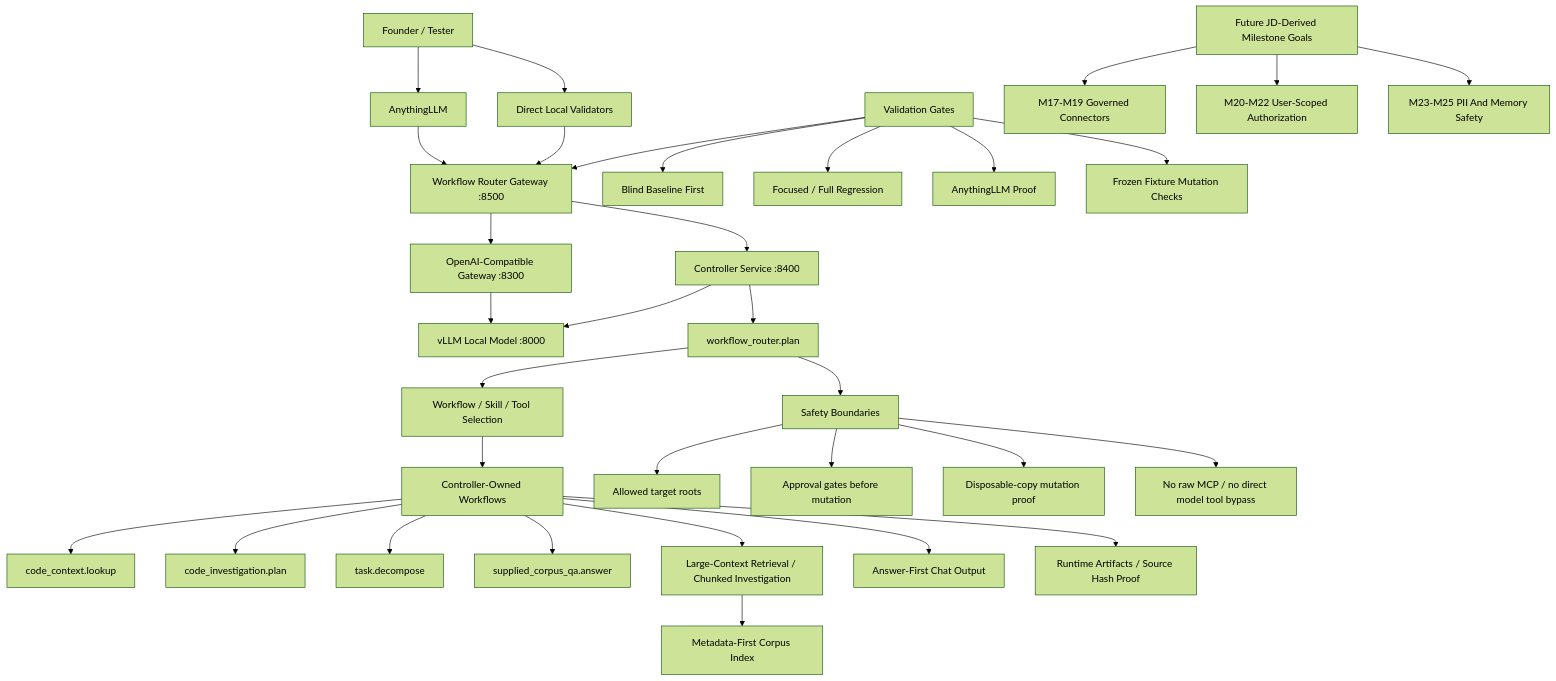
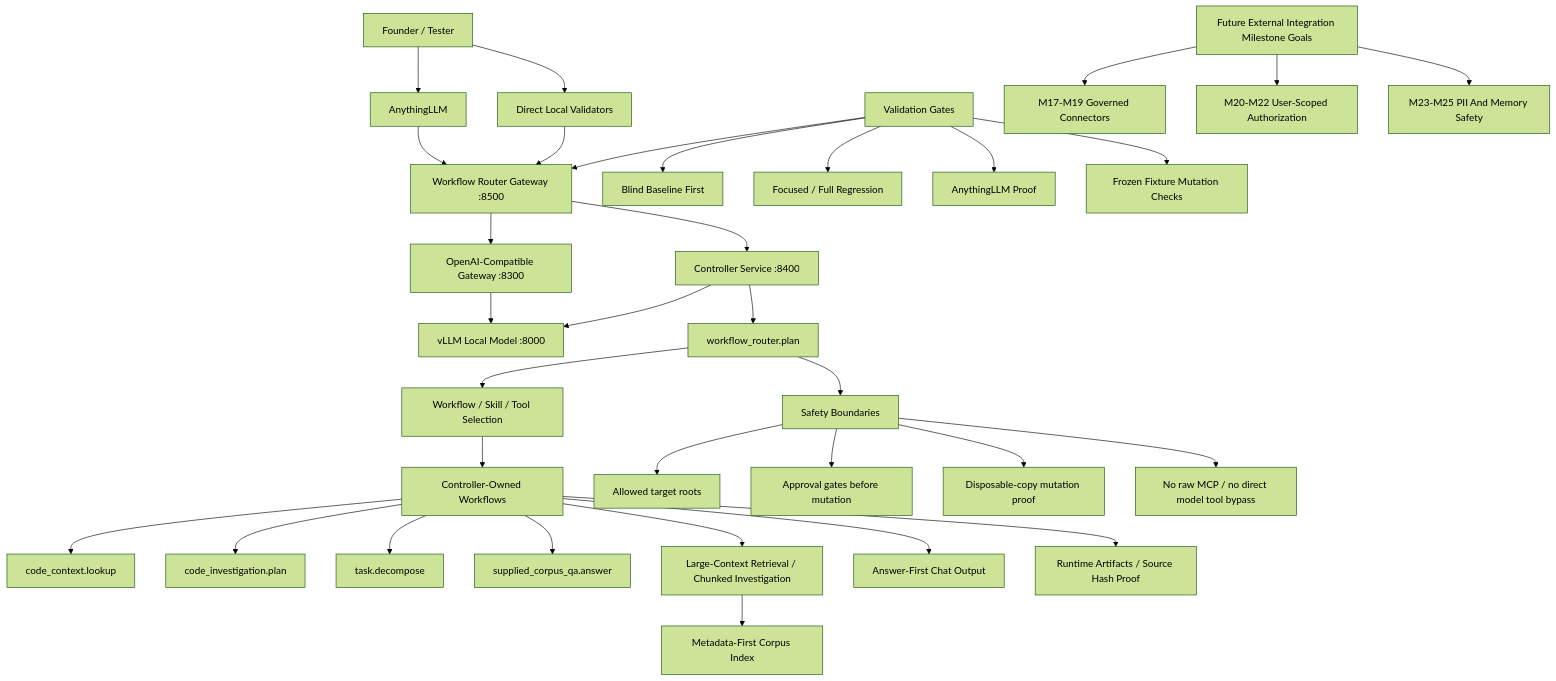
Before and after one commit to s-aws/vllm-agent-gateway: the diagram in docs/CURRENT_PROJECT_ARCHITECTURE.md, drawn with Mermaid (forest theme). The commit also changed other lines of this file and 1 other file, not shown here.

Commit message:
Rename external integration goal labels

````diff
--- a/docs/CURRENT_PROJECT_ARCHITECTURE.md
+++ b/docs/CURRENT_PROJECT_ARCHITECTURE.md
@@ -7,43 +7,43 @@
 ```mermaid
 flowchart TD
     Founder["Founder / Tester"] --> AnythingLLM["AnythingLLM"]
     Founder --> DirectClient["Direct Local Validators"]
 
     AnythingLLM --> WorkflowGateway["Workflow Router Gateway :8500"]
     DirectClient --> WorkflowGateway
 
     WorkflowGateway --> Controller["Controller Service :8400"]
     WorkflowGateway --> Gateway["OpenAI-Compatible Gateway :8300"]
     Gateway --> Model["vLLM Local Model :8000"]
     Controller --> Model
 
     Controller --> Router["workflow_router.plan"]
     Router --> Selector["Workflow / Skill / Tool Selection"]
     Selector --> Workflows["Controller-Owned Workflows"]
 
     Workflows --> CodeContext["code_context.lookup"]
     Workflows --> CodeInvestigation["code_investigation.plan"]
     Workflows --> TaskDecompose["task.decompose"]
     Workflows --> SuppliedCorpusQA["supplied_corpus_qa.answer"]
     Workflows --> LargeContext["Large-Context Retrieval / Chunked Investigation"]
 
     Router --> Safety["Safety Boundaries"]
     Safety --> AllowRoots["Allowed target roots"]
     Safety --> ApprovalGates["Approval gates before mutation"]
     Safety --> DisposableCopies["Disposable-copy mutation proof"]
     Safety --> NoRawTools["No raw MCP / no direct model tool bypass"]
 
     Workflows --> ChatAnswer["Answer-First Chat Output"]
     Workflows --> Artifacts["Runtime Artifacts / Source Hash Proof"]
     LargeContext --> MetadataIndex["Metadata-First Corpus Index"]
 
     Validation["Validation Gates"] --> WorkflowGateway
     Validation --> BlindBaseline["Blind Baseline First"]
     Validation --> Regression["Focused / Full Regression"]
     Validation --> AnythingLLMProof["AnythingLLM Proof"]
     Validation --> FixtureProof["Frozen Fixture Mutation Checks"]
 
-    Milestones["Future JD-Derived Milestone Goals"] --> Connectors["M17-M19 Governed Connectors"]
+    Milestones["Future External Integration Milestone Goals"] --> Connectors["M17-M19 Governed Connectors"]
     Milestones --> Identity["M20-M22 User-Scoped Authorization"]
     Milestones --> Privacy["M23-M25 PII And Memory Safety"]
 ```
````
